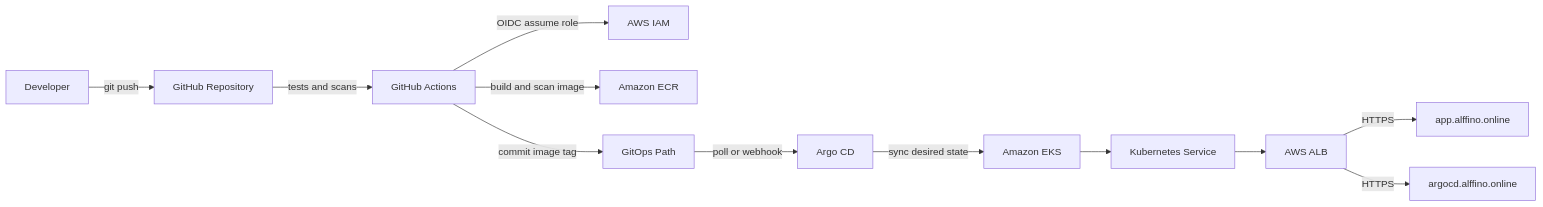
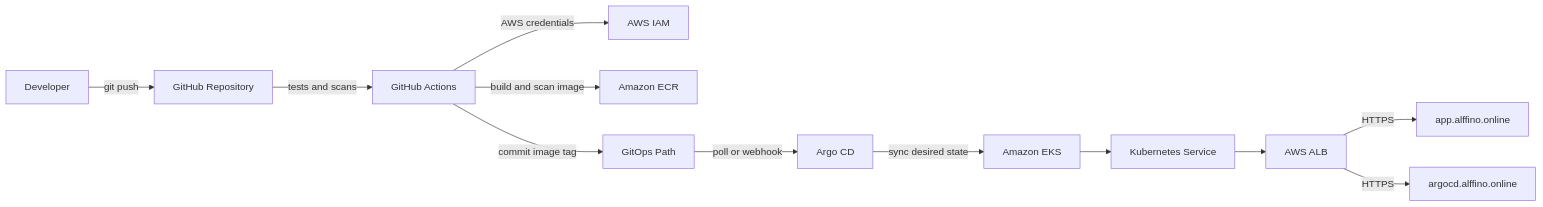
The diagram in README.MD (Prashant260/Argo-CD-EKS-), drawn with Mermaid before and after one commit. The commit also changed other lines of this file and 2 other files, not shown here.

Commit message:
ci: use AWS access key secrets

````diff
--- a/README.MD
+++ b/README.MD
@@ -12,14 +12,14 @@
 ```mermaid
 flowchart LR
   dev[Developer] -->|git push| gh[GitHub Repository]
   gh -->|tests and scans| gha[GitHub Actions]
-  gha -->|OIDC assume role| aws[AWS IAM]
+  gha -->|AWS credentials| aws[AWS IAM]
   gha -->|build and scan image| ecr[Amazon ECR]
   gha -->|commit image tag| gitops[GitOps Path]
   gitops -->|poll or webhook| argocd[Argo CD]
   argocd -->|sync desired state| eks[Amazon EKS]
   eks --> svc[Kubernetes Service]
   svc --> alb[AWS ALB]
   alb -->|HTTPS| app[app.alffino.online]
   alb -->|HTTPS| ui[argocd.alffino.online]
 ```
````
